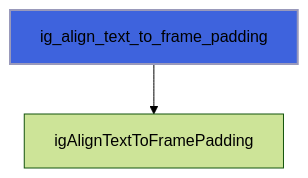
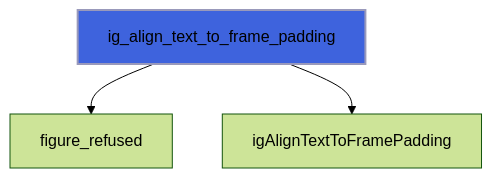
The fourth of 39 diagrams in docs/api/src/lib/figure_imgui.md (szaghi/figure), drawn with Mermaid (forest theme) before and after one commit. The commit also changed other lines of this file and 10 other files, not shown here.

````diff
--- a/docs/api/src/lib/figure_imgui.md
+++ b/docs/api/src/lib/figure_imgui.md
@@ -170,5 +177,6 @@
 ```mermaid
 flowchart TD
+  ig_align_text_to_frame_padding["ig_align_text_to_frame_padding"] --> figure_refused["figure_refused"]
   ig_align_text_to_frame_padding["ig_align_text_to_frame_padding"] --> igAlignTextToFramePadding["igAlignTextToFramePadding"]
   style ig_align_text_to_frame_padding fill:#3e63dd,stroke:#99b,stroke-width:2px
 ```
````
